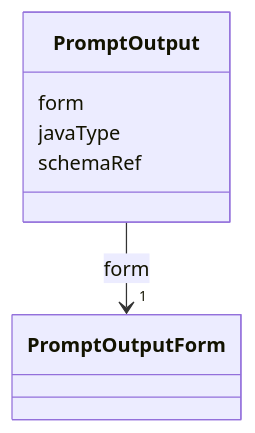
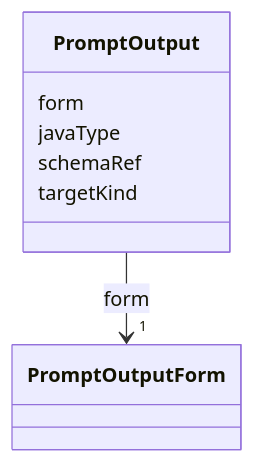
Before and after one commit to open4good/jumo-core: the diagram in metamodel/generated/docs/PromptOutput.md, drawn with Mermaid. The commit also changed other lines of this file and 36 other files, not shown here.

````diff
--- a/metamodel/generated/docs/PromptOutput.md
+++ b/metamodel/generated/docs/PromptOutput.md
@@ -18,21 +18,23 @@
 ```mermaid
  classDiagram
     class PromptOutput
     click PromptOutput href "../PromptOutput/"
       PromptOutput : form
 
 
 
 
 
         PromptOutput --> "1" PromptOutputForm : form
         click PromptOutputForm href "../PromptOutputForm/"
 
 
 
       PromptOutput : javaType
 
       PromptOutput : schemaRef
 
+      PromptOutput : targetKind
+
 
 ```
````
